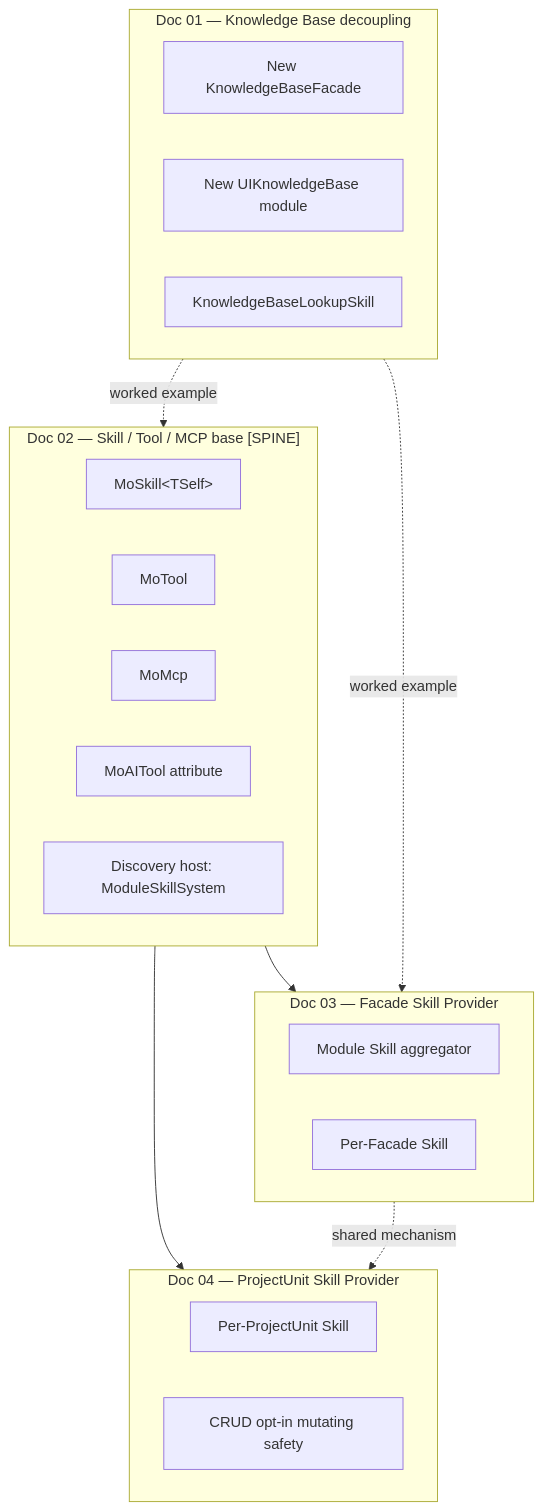
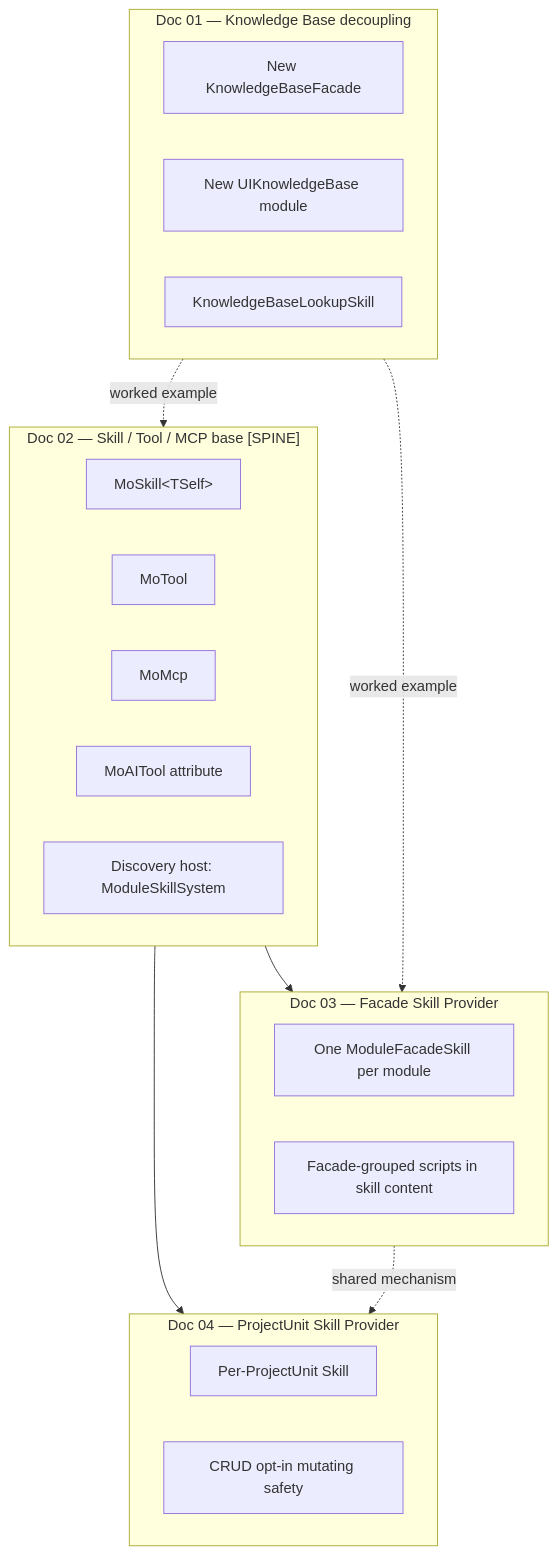
One commit to Euynac/MoLibrary changed the diagram in docs/architecture/skill-system/00-overview.md. Above: the diagram before and after it, drawn with Mermaid. The commit also changed other lines of this file and 3 other files, not shown here.

First line of the commit message:
feat(skill-system): unify Facade-based skills into module-level skill with grouped scripts (dev)

````diff
--- a/docs/architecture/skill-system/00-overview.md
+++ b/docs/architecture/skill-system/00-overview.md
@@ -38,32 +38,32 @@
 ```mermaid
 graph TB
     subgraph Doc01["Doc 01 — Knowledge Base decoupling"]
         KB[New KnowledgeBaseFacade]
         UIKB[New UIKnowledgeBase module]
         LookupSkill[KnowledgeBaseLookupSkill]
     end
 
     subgraph Doc02["Doc 02 — Skill / Tool / MCP base [SPINE]"]
         MoSkill[MoSkill&lt;TSelf&gt;]
         MoTool[MoTool]
         MoMcp[MoMcp]
         Attr[MoAITool attribute]
         Disc[Discovery host: ModuleSkillSystem]
     end
 
     subgraph Doc03["Doc 03 — Facade Skill Provider"]
-        ModSkill[Module Skill aggregator]
-        FacadeSkill[Per-Facade Skill]
+        ModuleFacadeSkill[One ModuleFacadeSkill per module]
+        FacadeGroups[Facade-grouped scripts in skill content]
     end
 
     subgraph Doc04["Doc 04 — ProjectUnit Skill Provider"]
         UnitSkill[Per-ProjectUnit Skill]
         CrudSafe[CRUD opt-in mutating safety]
     end
 
     Doc02 --> Doc03
     Doc02 --> Doc04
     Doc01 -. worked example .-> Doc02
     Doc01 -. worked example .-> Doc03
     Doc03 -. shared mechanism .-> Doc04
 ```
````
